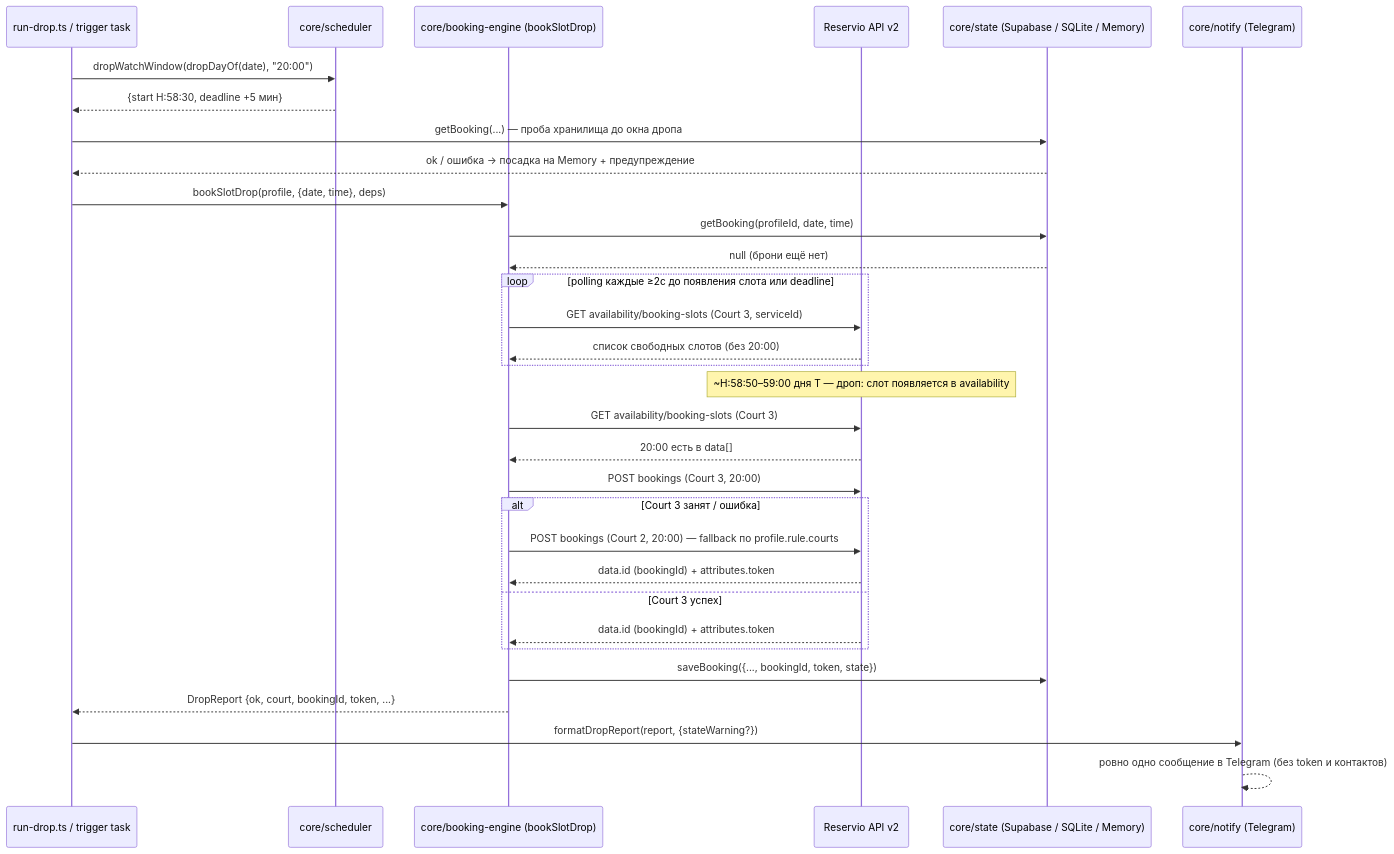
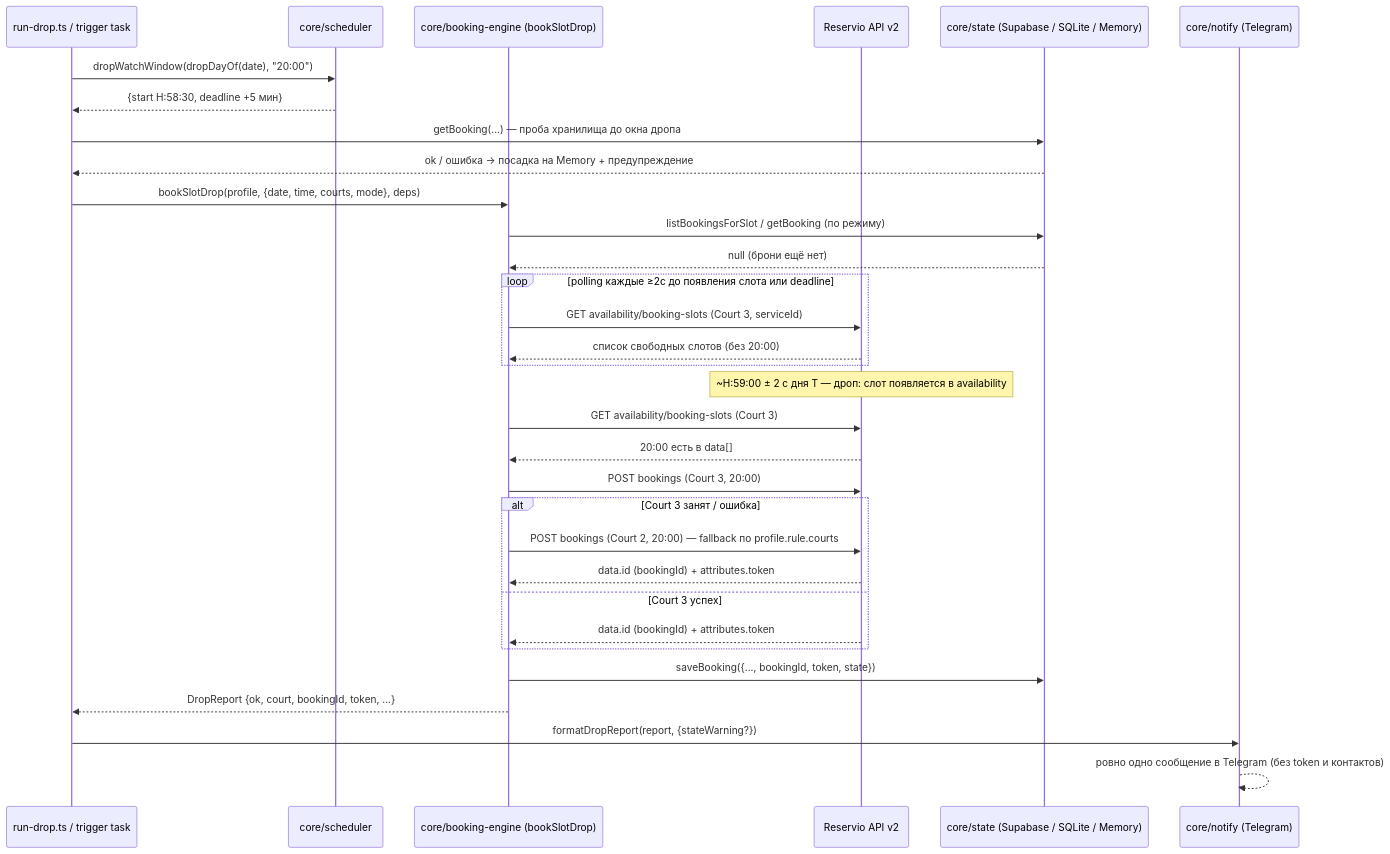
Before and after one commit to ilyanosovsky/reservio-bot: the diagram in docs/wiki/Architecture.md, drawn with Mermaid. The commit also changed other lines of this file and 37 other files, not shown here.

````diff
--- a/docs/wiki/Architecture.md
+++ b/docs/wiki/Architecture.md
@@ -220,38 +238,38 @@
 ```mermaid
 sequenceDiagram
     participant CLI as run-drop.ts / trigger task
     participant Scheduler as core/scheduler
     participant Engine as core/booking-engine (bookSlotDrop)
     participant API as Reservio API v2
     participant State as core/state (Supabase / SQLite / Memory)
     participant Notify as core/notify (Telegram)
 
     CLI->>Scheduler: dropWatchWindow(dropDayOf(date), "20:00")
     Scheduler-->>CLI: {start H:58:30, deadline +5 мин}
     CLI->>State: getBooking(...) — проба хранилища до окна дропа
     State-->>CLI: ok / ошибка → посадка на Memory + предупреждение
-    CLI->>Engine: bookSlotDrop(profile, {date, time}, deps)
-    Engine->>State: getBooking(profileId, date, time)
+    CLI->>Engine: bookSlotDrop(profile, {date, time, courts, mode}, deps)
+    Engine->>State: listBookingsForSlot / getBooking (по режиму)
     State-->>Engine: null (брони ещё нет)
 
     loop polling каждые ≥2с до появления слота или deadline
         Engine->>API: GET availability/booking-slots (Court 3, serviceId)
         API-->>Engine: список свободных слотов (без 20:00)
     end
 
-    Note over API: ~H:58:50–59:00 дня T — дроп: слот появляется в availability
+    Note over API: ~H:59:00 ± 2 c дня T — дроп: слот появляется в availability
 
     Engine->>API: GET availability/booking-slots (Court 3)
     API-->>Engine: 20:00 есть в data[]
     Engine->>API: POST bookings (Court 3, 20:00)
     alt Court 3 занят / ошибка
         Engine->>API: POST bookings (Court 2, 20:00) — fallback по profile.rule.courts
         API-->>Engine: data.id (bookingId) + attributes.token
     else Court 3 успех
         API-->>Engine: data.id (bookingId) + attributes.token
     end
     Engine->>State: saveBooking({..., bookingId, token, state})
     Engine-->>CLI: DropReport {ok, court, bookingId, token, ...}
     CLI->>Notify: formatDropReport(report, {stateWarning?})
     Notify-->>Notify: ровно одно сообщение в Telegram (без token и контактов)
 ```
````
